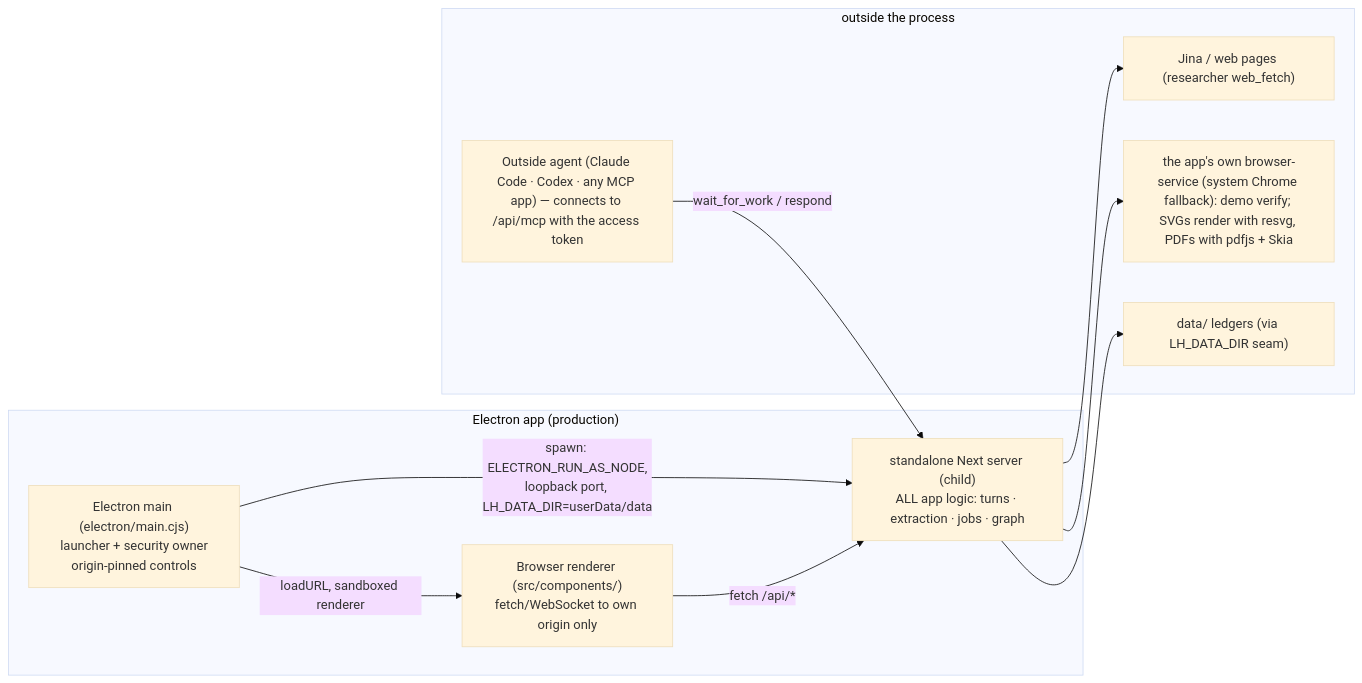
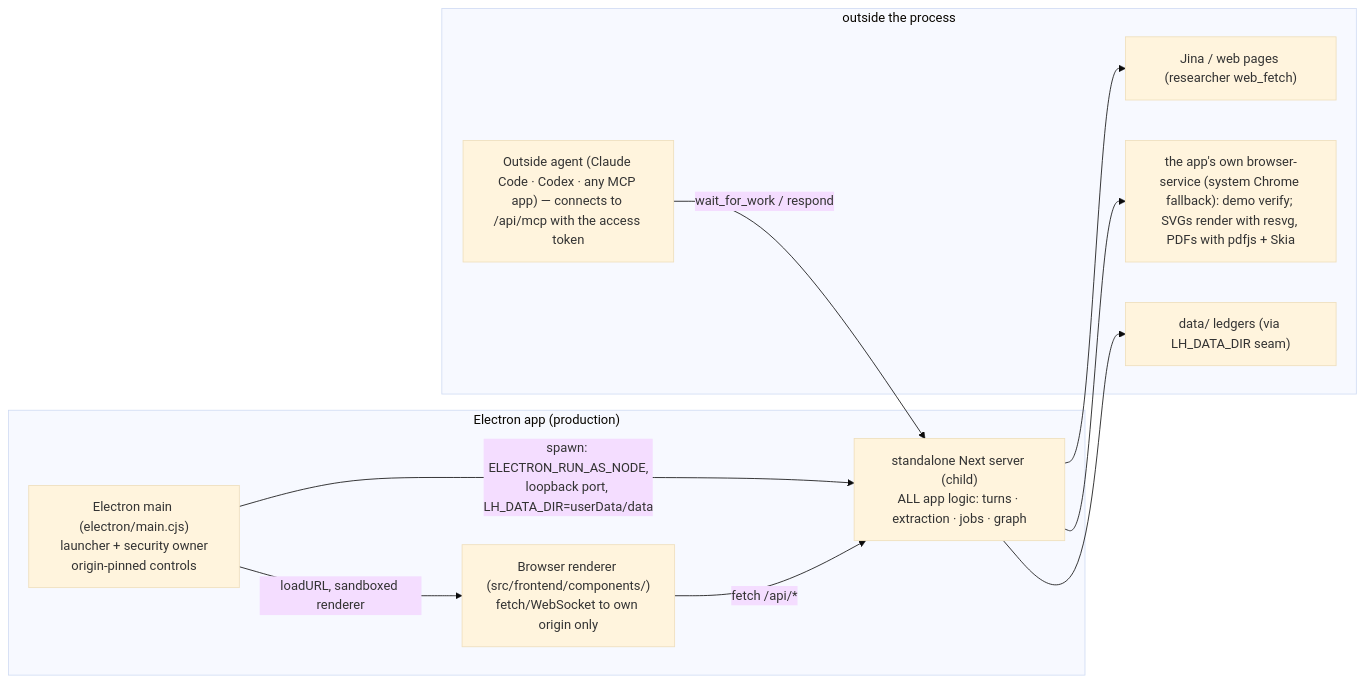
One commit to bayshores/godspeed changed the seventh of 7 diagrams in docs/architecture.md. Above: the diagram before and after it, drawn with Mermaid (base theme). The commit also changed other lines of this file and 1345 other files, not shown here.

Commit message:
tidy: split src into frontend/, backend/ and shared/ (src/app and proxy.ts stay where Next.js needs them), split tests the same way plus tests/desktop, and update every import, config and doc path; drop docs/archive, docs/vision.md and the unused banner SVGs

````diff
--- a/docs/architecture.md
+++ b/docs/architecture.md
@@ -411,18 +410,18 @@
 ```mermaid
 flowchart LR
     subgraph DESKTOP["Electron app (production)"]
         MAIN["Electron main (electron/main.cjs)<br/>launcher + security owner<br/>origin-pinned controls"] -->|"spawn: ELECTRON_RUN_AS_NODE,<br/>loopback port, LH_DATA_DIR=userData/data"| NEXT["standalone Next server (child)<br/>ALL app logic: turns · extraction · jobs · graph"]
-        MAIN -->|"loadURL, sandboxed renderer"| REND["Browser renderer (src/components/)<br/>fetch/WebSocket to own origin only"]
+        MAIN -->|"loadURL, sandboxed renderer"| REND["Browser renderer (src/frontend/components/)<br/>fetch/WebSocket to own origin only"]
     end
     subgraph OUTSIDE["outside the process"]
         OR["Outside agent (Claude Code · Codex · any MCP app) — connects to /api/mcp with the access token"]
         GCSE["Jina / web pages (researcher web_fetch)"]
         CHROME["the app's own browser-service (system Chrome fallback): demo verify; SVGs render with resvg, PDFs with pdfjs + Skia"]
         DISK["data/ ledgers (via LH_DATA_DIR seam)"]
     end
     OR -->|"wait_for_work / respond"| NEXT
     NEXT --> GCSE
     NEXT --> CHROME
     NEXT --> DISK
     REND -->|"fetch /api/*"| NEXT
 ```
````
